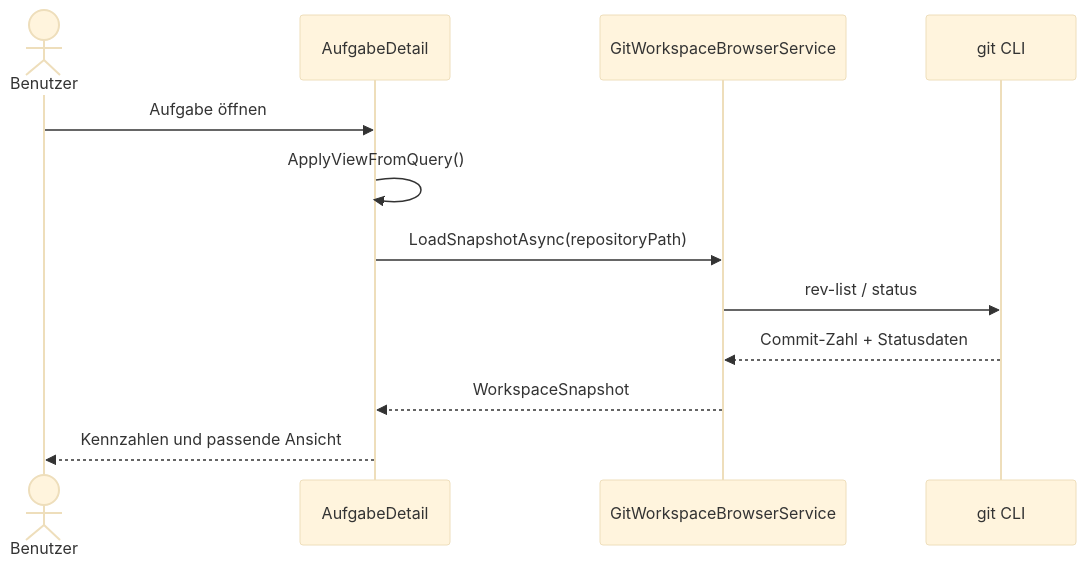
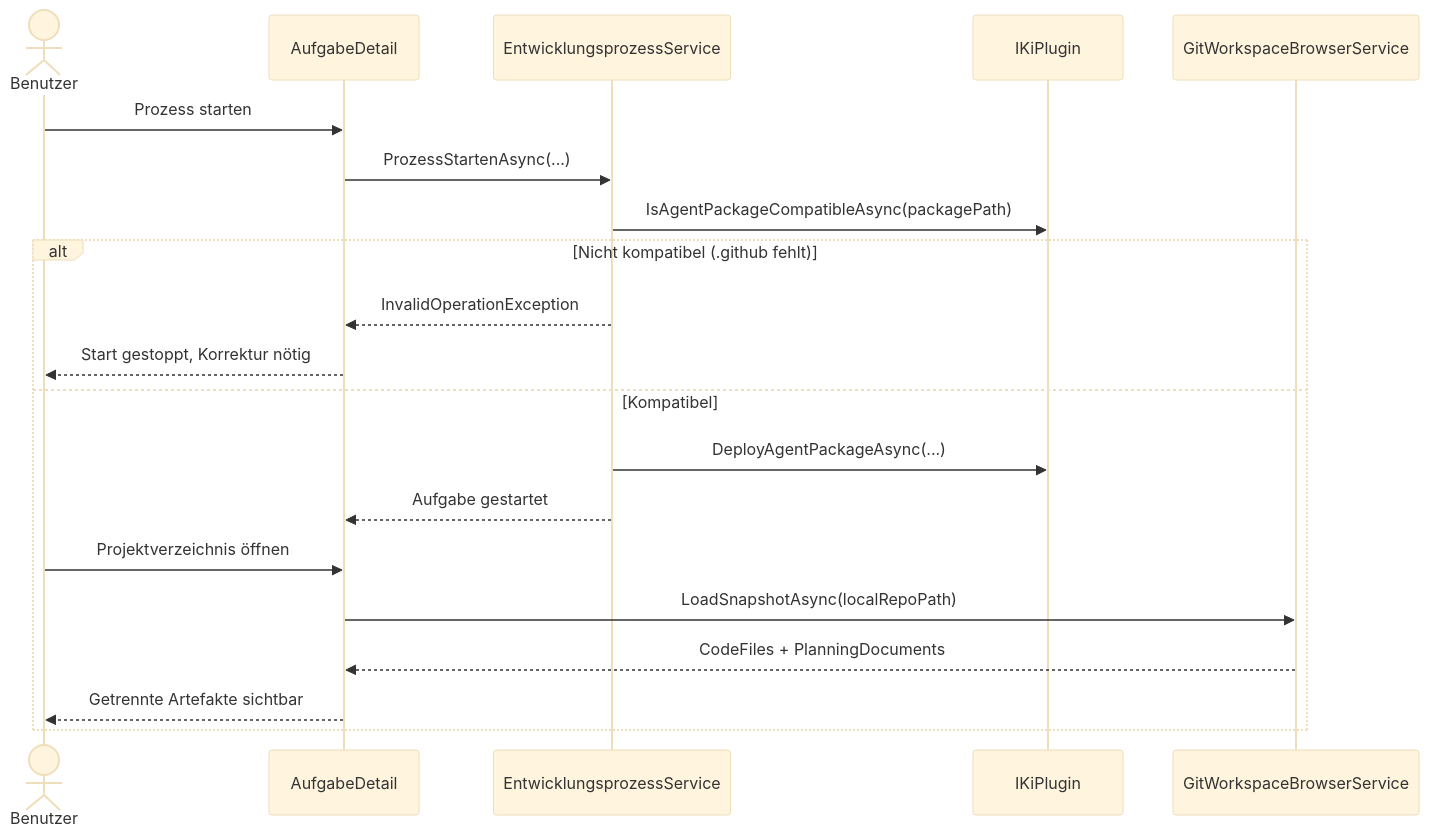
The second of 2 diagrams in docs/flows/live-project-browser-git-status-flow.md (martin-stromberg/Softwareschmiede), drawn with Mermaid (base theme) before and after one commit. The commit also changed other lines of this file and 27 other files, not shown here.

````diff
--- a/docs/flows/live-project-browser-git-status-flow.md
+++ b/docs/flows/live-project-browser-git-status-flow.md
@@ -20,15 +38,23 @@
 ```mermaid
 sequenceDiagram
-    actor Benutzer
+    actor U as Benutzer
     participant UI as AufgabeDetail
+    participant EPS as EntwicklungsprozessService
+    participant KI as IKiPlugin
     participant SVC as GitWorkspaceBrowserService
-    participant Git as git CLI
 
-    Benutzer->>UI: Aufgabe öffnen
-    UI->>UI: ApplyViewFromQuery()
-    UI->>SVC: LoadSnapshotAsync(repositoryPath)
-    SVC->>Git: rev-list / status
-    Git-->>SVC: Commit-Zahl + Statusdaten
-    SVC-->>UI: WorkspaceSnapshot
-    UI-->>Benutzer: Kennzahlen und passende Ansicht
+    U->>UI: Prozess starten
+    UI->>EPS: ProzessStartenAsync(...)
+    EPS->>KI: IsAgentPackageCompatibleAsync(packagePath)
+    alt Nicht kompatibel (.github fehlt)
+        EPS-->>UI: InvalidOperationException
+        UI-->>U: Start gestoppt, Korrektur nötig
+    else Kompatibel
+        EPS->>KI: DeployAgentPackageAsync(...)
+        EPS-->>UI: Aufgabe gestartet
+        U->>UI: Projektverzeichnis öffnen
+        UI->>SVC: LoadSnapshotAsync(localRepoPath)
+        SVC-->>UI: CodeFiles + PlanningDocuments
+        UI-->>U: Getrennte Artefakte sichtbar
+    end
 ```
````
